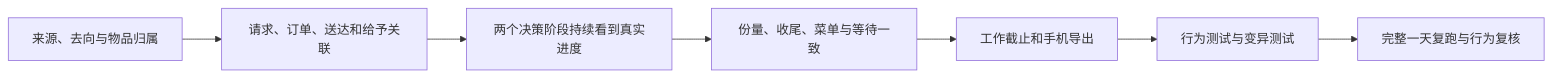
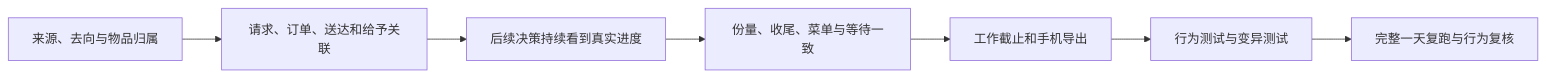
Before and after one commit to HoldThatThgt/WorldMock: the fourth of 4 diagrams in docs/dev/research/white-collar-dayrun-root-cause-2026-09-28.md, drawn with Mermaid. The commit also changed other lines of this file and 2 other files, not shown here.

````diff
--- a/docs/dev/research/white-collar-dayrun-root-cause-2026-09-28.md
+++ b/docs/dev/research/white-collar-dayrun-root-cause-2026-09-28.md
@@ -269,9 +272,9 @@
 ```mermaid
 flowchart LR
     A[来源、去向与物品归属] --> B[请求、订单、送达和给予关联]
-    B --> C[两个决策阶段持续看到真实进度]
+    B --> C[后续决策持续看到真实进度]
     C --> D[份量、收尾、菜单与等待一致]
     D --> E[工作截止和手机导出]
     E --> F[行为测试与变异测试]
     F --> G[完整一天复跑与行为复核]
 ```
````
